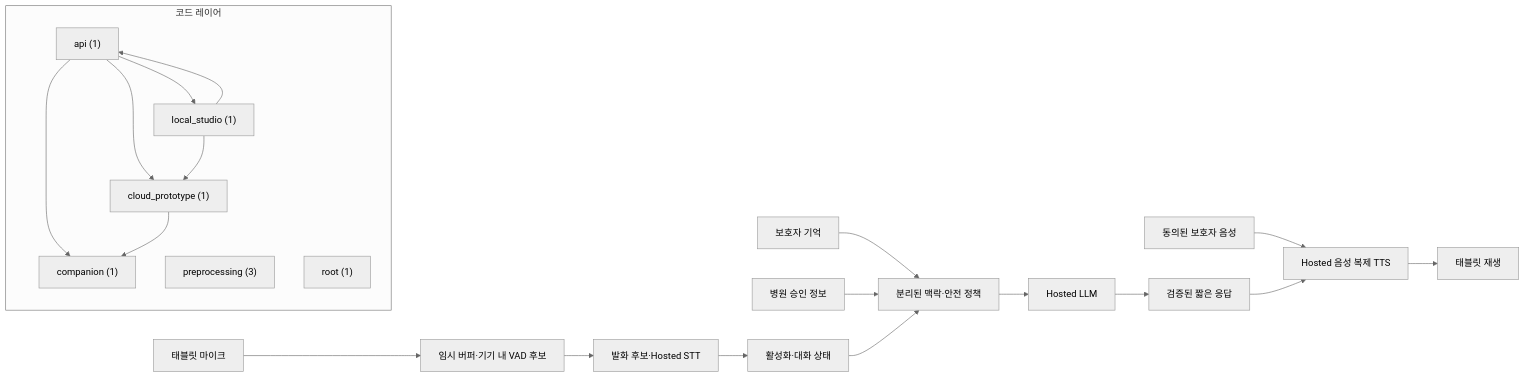
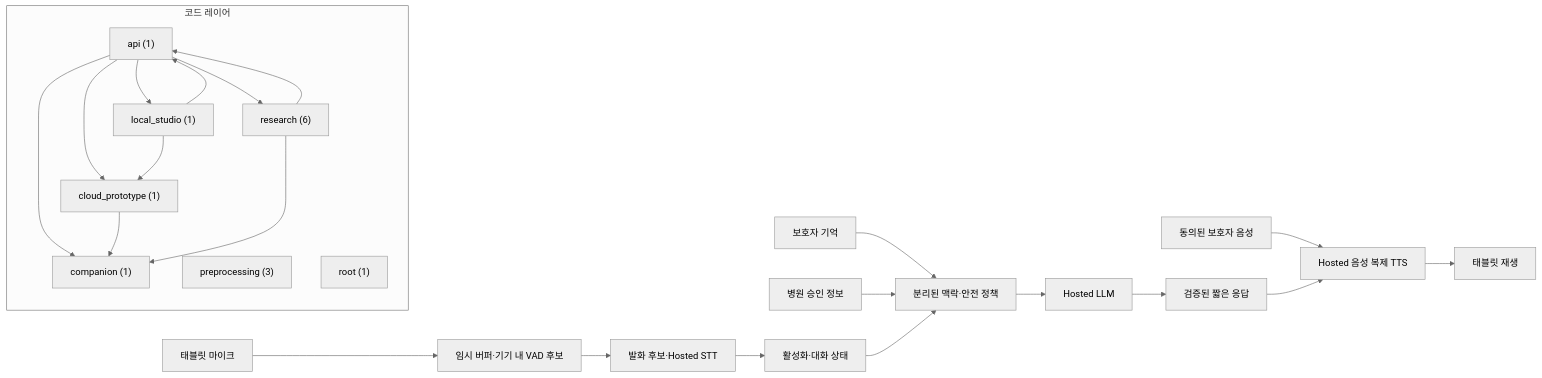
Before and after one commit to GracieRho/KoF5-TTS-delirium: the diagram in architecture/generated/project-map.mmd, drawn with Mermaid (neutral theme). The commit also changed 8 other files, not shown here.

```diff
--- a/architecture/generated/project-map.mmd
+++ b/architecture/generated/project-map.mmd
@@ -1,27 +1,31 @@
 flowchart LR
   mic["태블릿 마이크"] --> vad["임시 버퍼·기기 내 VAD 후보"]
   vad --> stt["발화 후보·Hosted STT"]
   stt --> activation["활성화·대화 상태"]
   family["보호자 기억"] --> context["분리된 맥락·안전 정책"]
   hospital["병원 승인 정보"] --> context
   activation --> context
   context --> llm["Hosted LLM"]
   llm --> response["검증된 짧은 응답"]
   guardian["동의된 보호자 음성"] --> voice["Hosted 음성 복제 TTS"]
   response --> voice
   voice --> tablet["태블릿 재생"]
 
   subgraph code["코드 레이어"]
     layer_api["api (1)"]
     layer_cloud_prototype["cloud_prototype (1)"]
     layer_companion["companion (1)"]
     layer_local_studio["local_studio (1)"]
     layer_preprocessing["preprocessing (3)"]
+    layer_research["research (6)"]
     layer_root["root (1)"]
     layer_api --> layer_cloud_prototype
     layer_api --> layer_companion
     layer_api --> layer_local_studio
+    layer_api --> layer_research
     layer_cloud_prototype --> layer_companion
     layer_local_studio --> layer_api
     layer_local_studio --> layer_cloud_prototype
+    layer_research --> layer_api
+    layer_research --> layer_companion
   end
```
